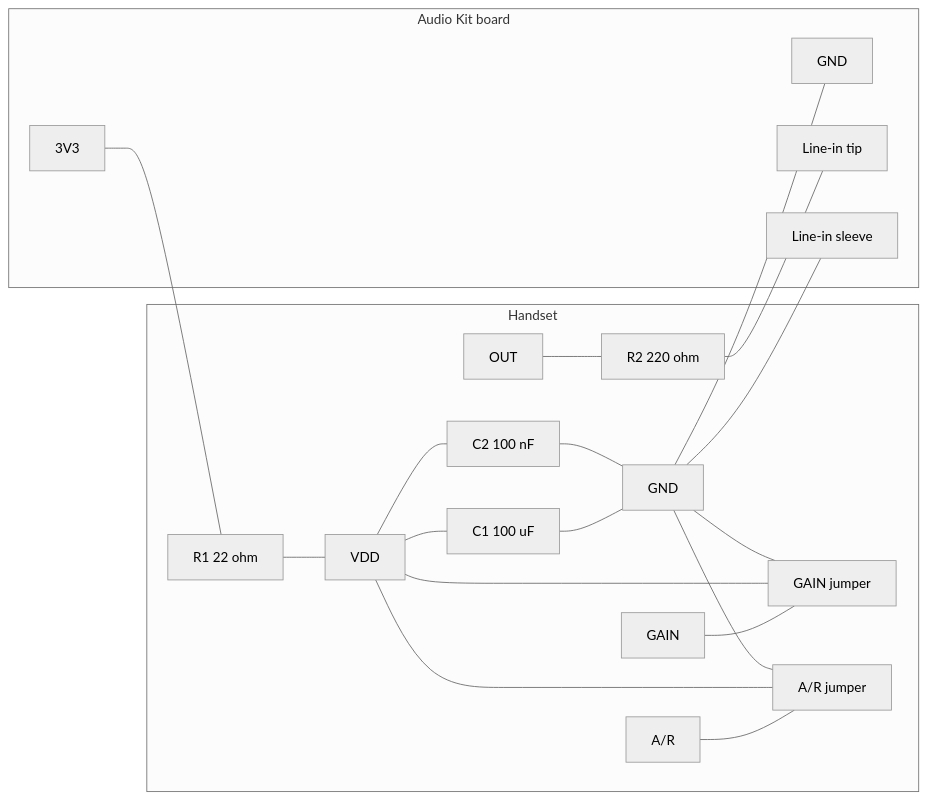
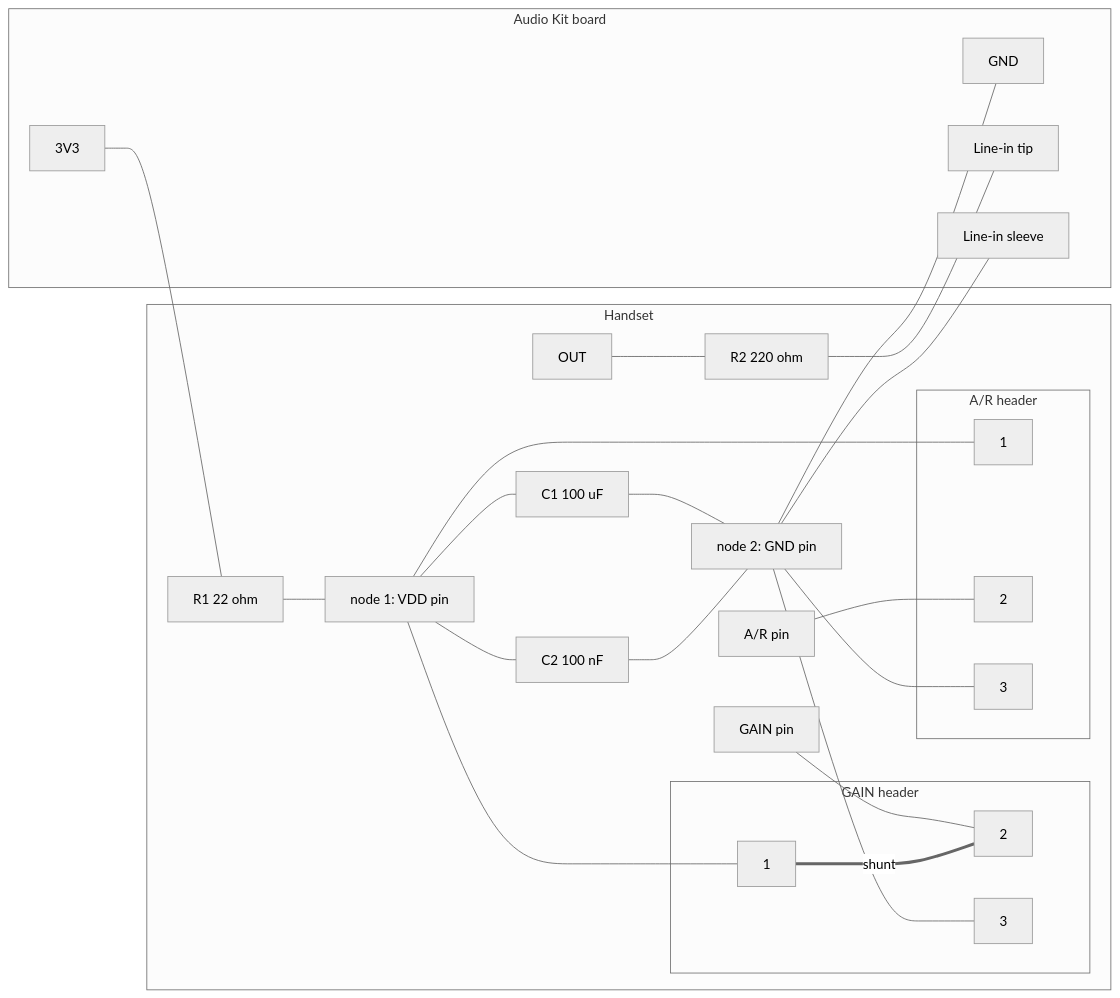
The diagram in doc/initial_design.md (rusttick/weeBell_bluetooth), drawn with Mermaid (neutral theme) before and after one commit. The commit also changed other lines of this file, not shown here.

Commit message:
working on microphone wiring diagram

````diff
--- a/doc/initial_design.md
+++ b/doc/initial_design.md
@@ -204,36 +204,45 @@
   ```mermaid
   flowchart LR
     subgraph HANDSET["Handset"]
-      GND["GND"]
-      VDD["VDD"]
-      GAIN["GAIN"]
+      GND["node 2: GND pin"]
+      VDD["node 1: VDD pin"]
+      GAIN["GAIN pin"]
+      AR["A/R pin"]
       OUT["OUT"]
-      AR["A/R"]
       R1["R1 22 ohm"]
       C1["C1 100 uF"]
       C2["C2 100 nF"]
       R2["R2 220 ohm"]
-      GJ["GAIN jumper"]
-      AJ["A/R jumper"]
+      subgraph GH["GAIN header"]
+        G1["1"]
+        G2["2"]
+        G3["3"]
+      end
+      subgraph AH["A/R header"]
+        A1["1"]
+        A2["2"]
+        A3["3"]
+      end
     end
 
     subgraph BOARD["Audio Kit board"]
       V3["3V3"]
       G["GND"]
       TIP["Line-in tip"]
       SLV["Line-in sleeve"]
     end
 
     V3 --- R1 --- VDD
     VDD --- C1 --- GND
     VDD --- C2 --- GND
-    GAIN --- GJ
-    VDD --- GJ
-    GND --- GJ
-    AR --- AJ
-    VDD --- AJ
-    GND --- AJ
+    VDD --- G1
+    GAIN --- G2
+    GND --- G3
+    G1 ===|shunt| G2
+    VDD --- A1
+    AR --- A2
+    GND --- A3
     OUT --- R2 --- TIP
     GND --- G
     GND --- SLV
   ```
````
